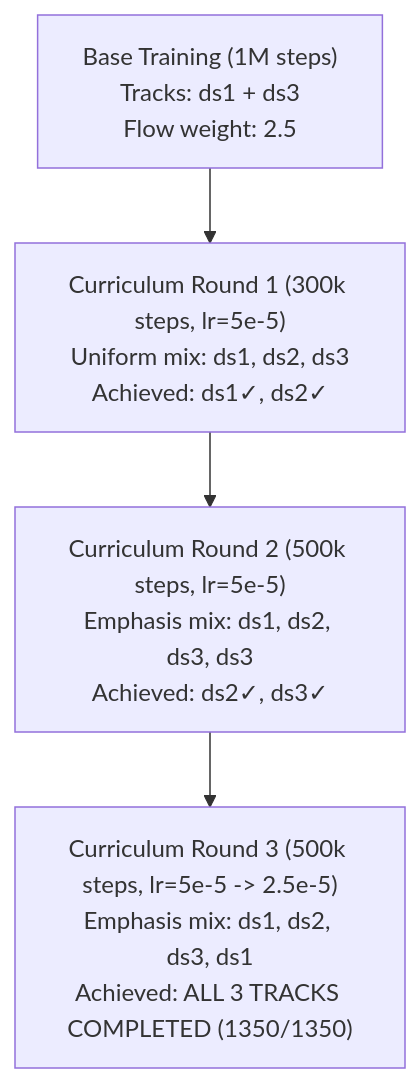
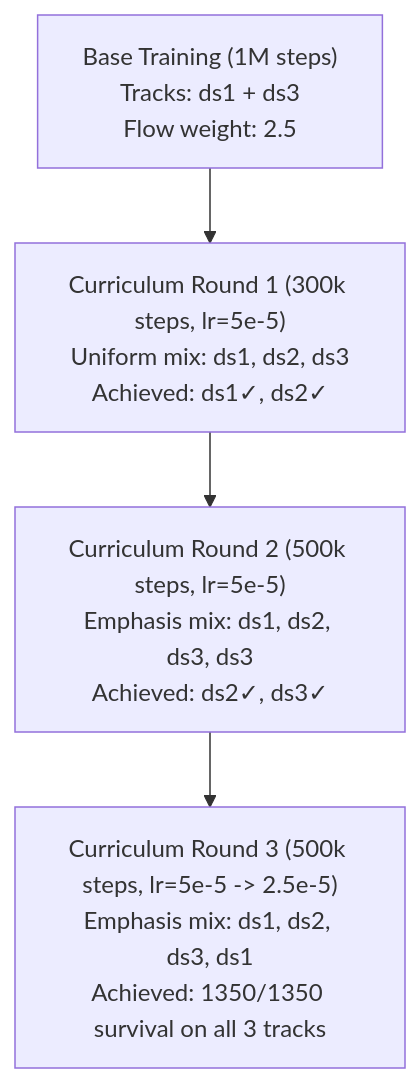
One commit to PedroM2626/mario64ds-rl changed the diagram in README.md. Above: the diagram before and after it, drawn with Mermaid. The commit also changed other lines of this file and 19 other files, not shown here.

````diff
--- a/README.md
+++ b/README.md
@@ -287,6 +307,6 @@
 ```mermaid
 graph TD
     A["Base Training (1M steps)<br>Tracks: ds1 + ds3<br>Flow weight: 2.5"] --> B["Curriculum Round 1 (300k steps, lr=5e-5)<br>Uniform mix: ds1, ds2, ds3<br>Achieved: ds1✓, ds2✓"]
     B --> C["Curriculum Round 2 (500k steps, lr=5e-5)<br>Emphasis mix: ds1, ds2, ds3, ds3<br>Achieved: ds2✓, ds3✓"]
-    C --> D["Curriculum Round 3 (500k steps, lr=5e-5 -> 2.5e-5)<br>Emphasis mix: ds1, ds2, ds3, ds1<br>Achieved: ALL 3 TRACKS COMPLETED (1350/1350)"]
+    C --> D["Curriculum Round 3 (500k steps, lr=5e-5 -> 2.5e-5)<br>Emphasis mix: ds1, ds2, ds3, ds1<br>Achieved: 1350/1350 survival on all 3 tracks"]
 ```
````
